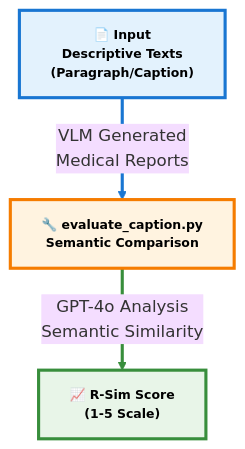
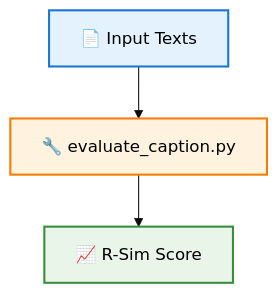
The second of 2 diagrams in README.md (bhattarailab/Hallucination-Aware-VLM), drawn with Mermaid (base theme) before and after one commit. The commit also changed other lines of this file, not shown here.

Commit message:
edit mermaid

````diff
--- a/README.md
+++ b/README.md
@@ -127,20 +122,17 @@
 ```mermaid
 flowchart TD
-    classDef inputStyle fill:#E3F2FD,stroke:#1976D2,stroke-width:3px,color:#000,font-weight:bold,font-size:12px
-    classDef scriptStyle fill:#FFF3E0,stroke:#F57C00,stroke-width:3px,color:#000,font-weight:bold,font-size:12px
-    classDef outputStyle fill:#E8F5E8,stroke:#388E3C,stroke-width:3px,color:#000,font-weight:bold,font-size:12px
+    classDef inputStyle fill:#E3F2FD,stroke:#1976D2,stroke-width:2px,color:#000
+    classDef scriptStyle fill:#FFF3E0,stroke:#F57C00,stroke-width:2px,color:#000
+    classDef outputStyle fill:#E8F5E8,stroke:#388E3C,stroke-width:2px,color:#000
 
-    A2["📄 Input<br/>Descriptive Texts<br/>(Paragraph/Caption)"]
-    B2["🔧 evaluate_caption.py<br/>Semantic Comparison"]
-    C2["📈 R-Sim Score<br/>(1-5 Scale)"]
+    A2["📄 Input Texts"]
+    B2["🔧 evaluate_caption.py"]
+    C2["📈 R-Sim Score"]
 
     class A2 inputStyle
     class B2 scriptStyle
     class C2 outputStyle
 
-    A2 -->|"VLM Generated<br/>Medical Reports"| B2
-    B2 -->|"GPT-4o Analysis<br/>Semantic Similarity"| C2
-
-    linkStyle 0 stroke:#1976D2,stroke-width:3px
-    linkStyle 1 stroke:#388E3C,stroke-width:3px
+    A2 --> B2
+    B2 --> C2
 ```
````
